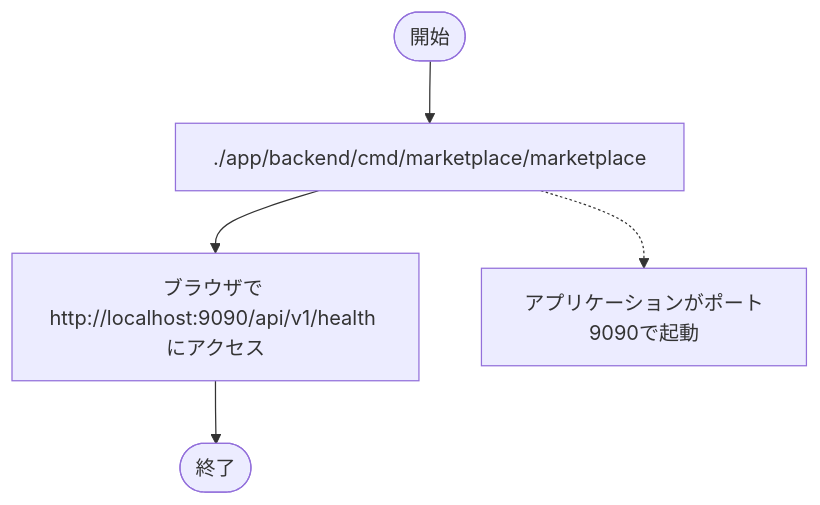
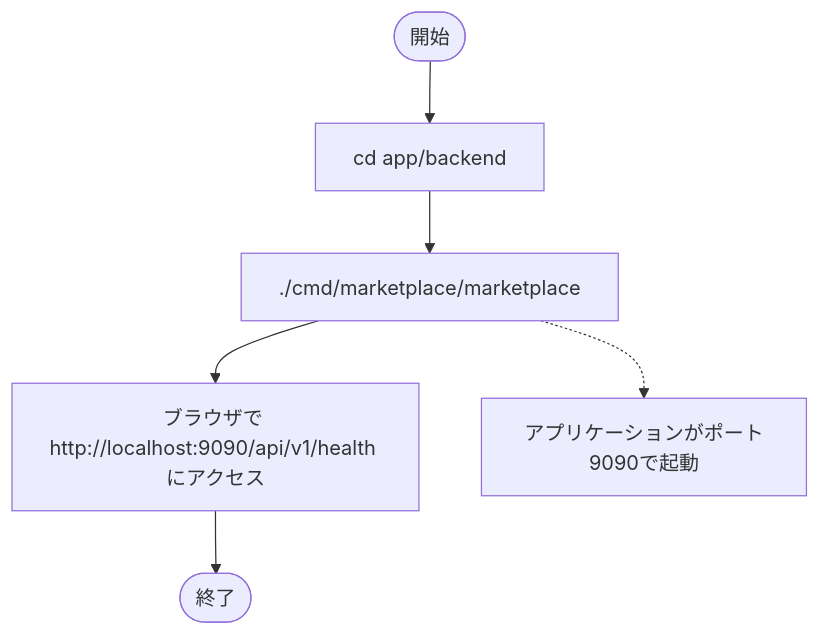
One commit to k2works/go-ddd changed diagram 11 of 17 in README.md. Above: the diagram before and after it, drawn with Mermaid. The commit also changed other lines of this file and 1 other file, not shown here.

````diff
--- a/README.md
+++ b/README.md
@@ -283,7 +287,8 @@
 ```mermaid
 flowchart TD
-    start([開始]) --> run[./app/backend/cmd/marketplace/marketplace]
+    start([開始]) --> cd[cd app/backend]
+    cd --> run[./cmd/marketplace/marketplace]
     run --> access[ブラウザで http://localhost:9090/api/v1/health にアクセス]
     access --> stop([終了])
     run -.-> note["アプリケーションがポート9090で起動"]
 ```
````
